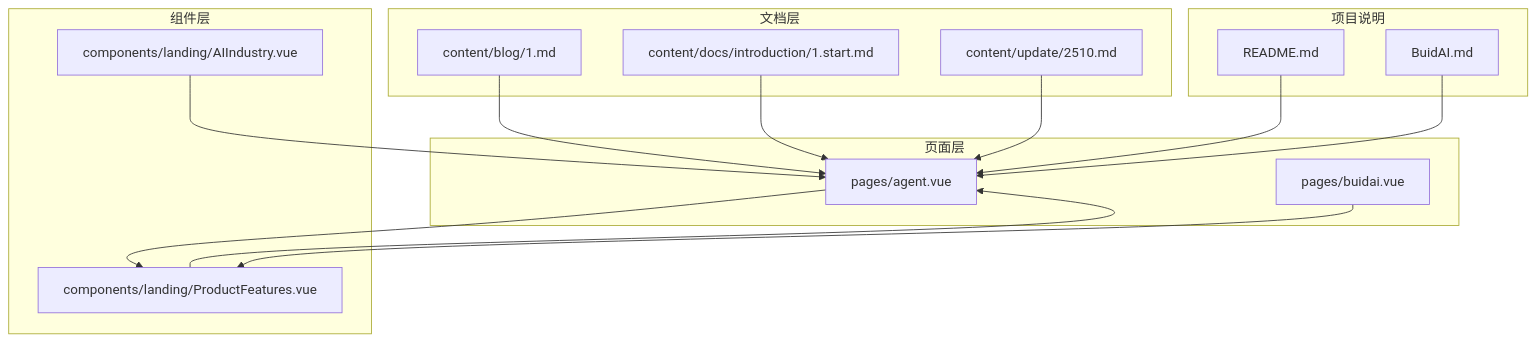
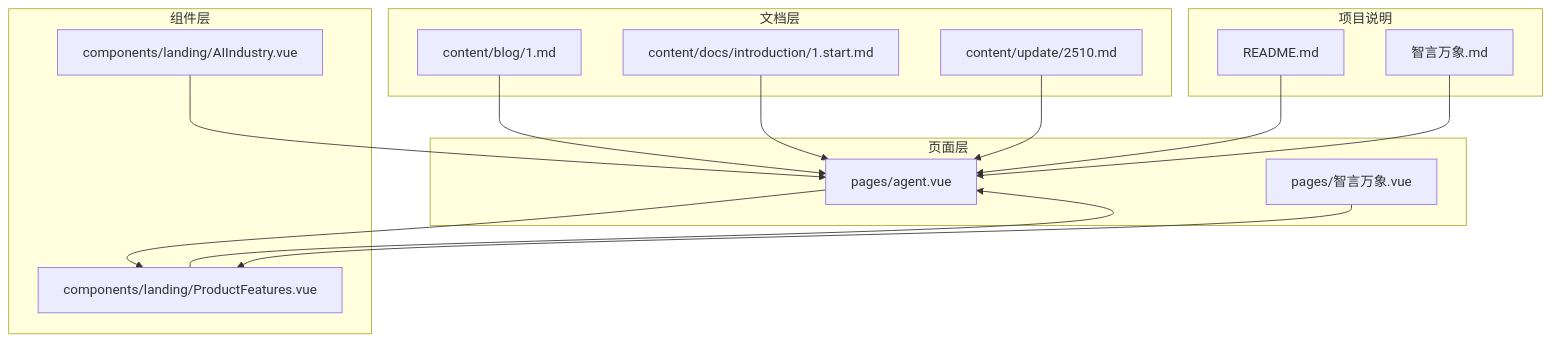
The first of 5 diagrams in .qoder/repowiki/zh/content/核心功能/工作流编排与MCP服务/MCP服务运行时/MCP协议规范.md (lllyyysss77/buidai), drawn with Mermaid before and after one commit. The commit also changed other lines of this file and 163 other files, not shown here.

````diff
--- a/.qoder/repowiki/zh/content/核心功能/工作流编排与MCP服务/MCP服务运行时/MCP协议规范.md
+++ b/.qoder/repowiki/zh/content/核心功能/工作流编排与MCP服务/MCP服务运行时/MCP协议规范.md
@@ -38,29 +38,29 @@
 ```mermaid
 graph TB
 subgraph "页面层"
 AG["pages/agent.vue"]
-BD["pages/buidai.vue"]
+BD["pages/智言万象.vue"]
 end
 subgraph "文档层"
 BLG["content/blog/1.md"]
 DOC["content/docs/introduction/1.start.md"]
 UPD["content/update/2510.md"]
 end
 subgraph "组件层"
 PF["components/landing/ProductFeatures.vue"]
 AI["components/landing/AIIndustry.vue"]
 end
 subgraph "项目说明"
 RM["README.md"]
-BM["BuidAI.md"]
+BM["智言万象.md"]
 end
 AG --> PF
 BD --> PF
 BLG --> AG
 DOC --> AG
 UPD --> AG
 PF --> AG
 AI --> AG
 RM --> AG
 BM --> AG
 ```
````
